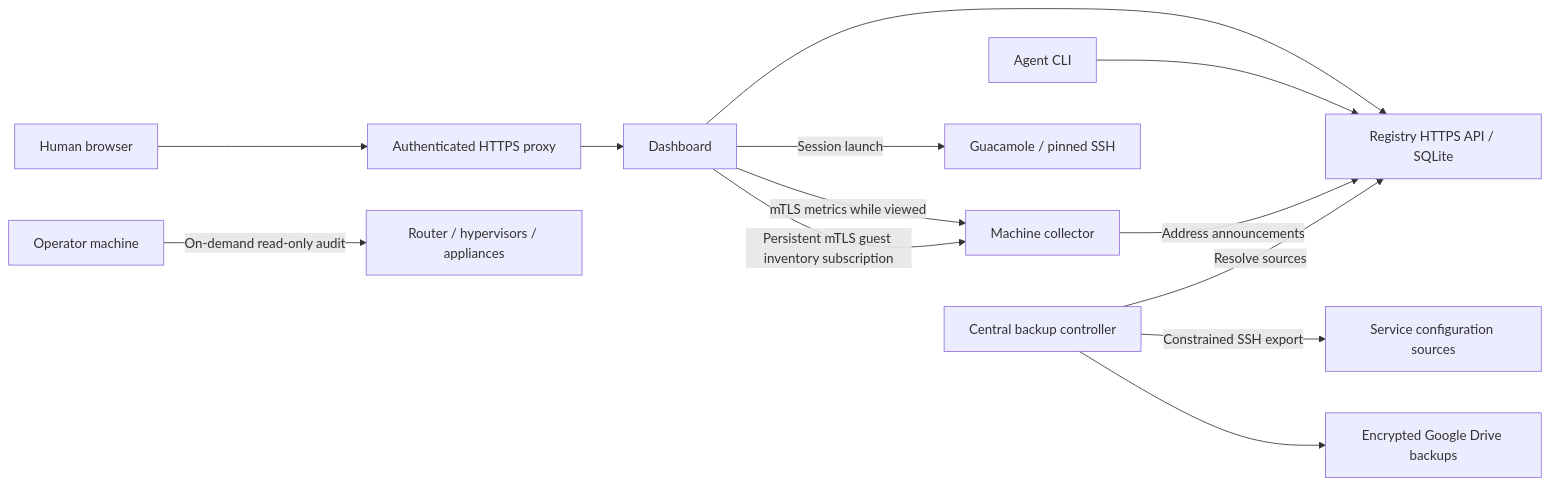
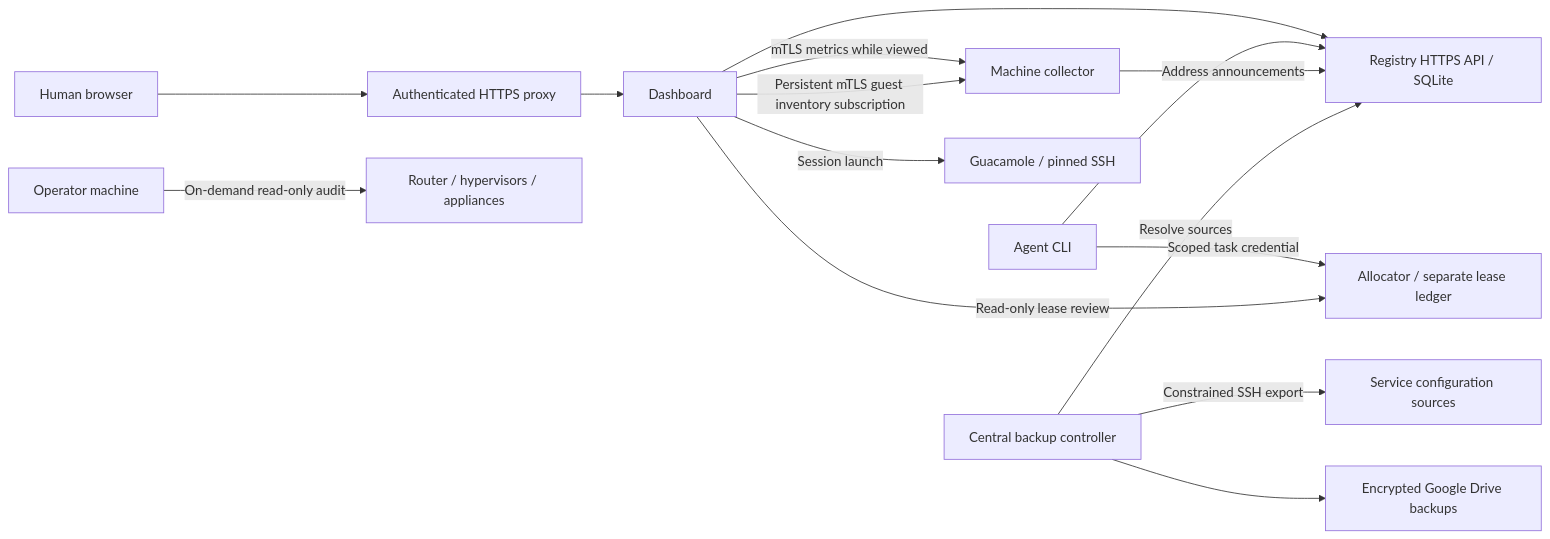
Before and after one commit to csells/home-lab-registry: the diagram in specs/architecture/registry-dashboard.md, drawn with Mermaid. The commit also changed other lines of this file and 10 other files, not shown here.

````diff
--- a/specs/architecture/registry-dashboard.md
+++ b/specs/architecture/registry-dashboard.md
@@ -13,15 +13,17 @@
 ```mermaid
 flowchart LR
   Operator[Human browser] --> Proxy[Authenticated HTTPS proxy]
   Proxy --> Dashboard[Dashboard]
   Dashboard --> Registry[Registry HTTPS API / SQLite]
   Agent[Agent CLI] --> Registry
+  Agent -->|Scoped task credential| Allocator[Allocator / separate lease ledger]
+  Dashboard -->|Read-only lease review| Allocator
   Collector[Machine collector] -->|Address announcements| Registry
   Dashboard -->|mTLS metrics while viewed| Collector
   Dashboard -->|Persistent mTLS guest inventory subscription| Collector
   Dashboard -->|Session launch| Terminal[Guacamole / pinned SSH]
   Operator2[Operator machine] -->|On-demand read-only audit| Infra[Router / hypervisors / appliances]
   Backup[Central backup controller] -->|Resolve sources| Registry
   Backup -->|Constrained SSH export| Sources[Service configuration sources]
   Backup --> Drive[Encrypted Google Drive backups]
 ```
````
